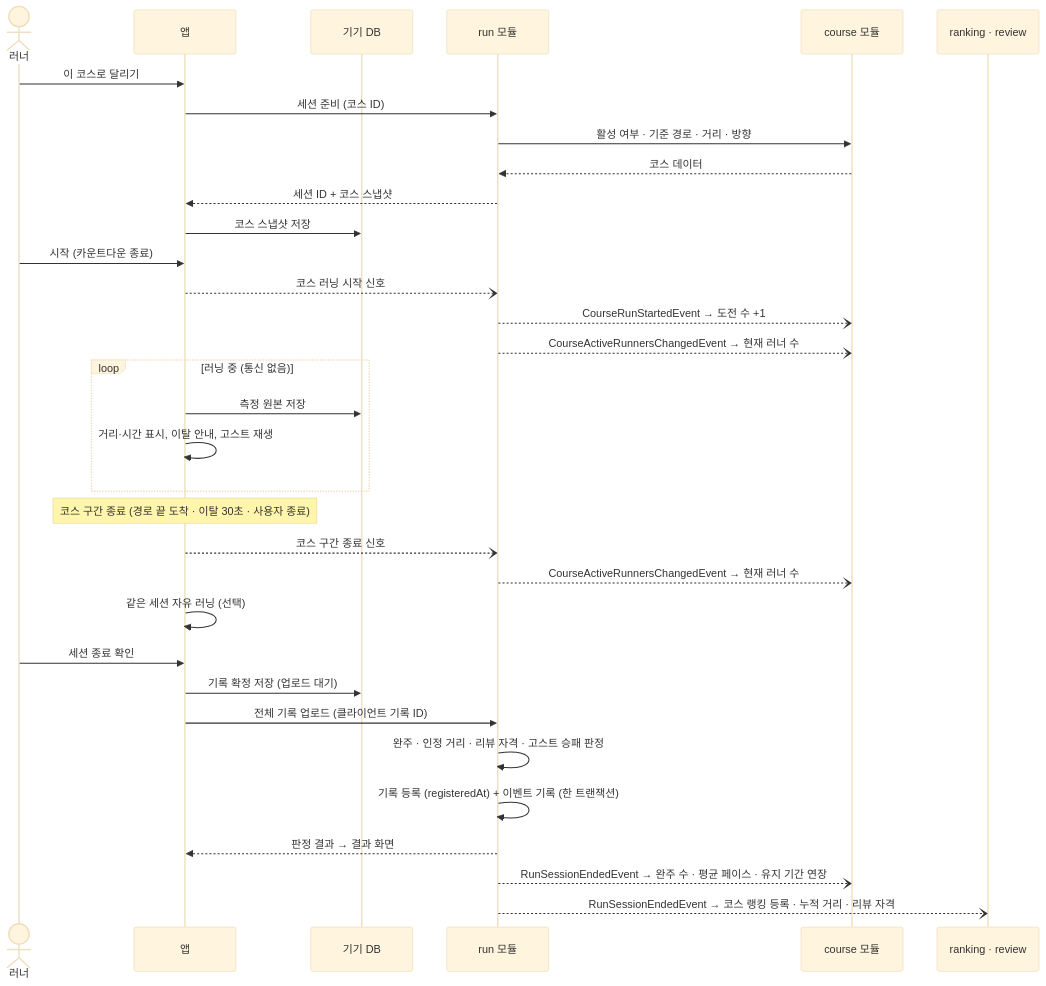
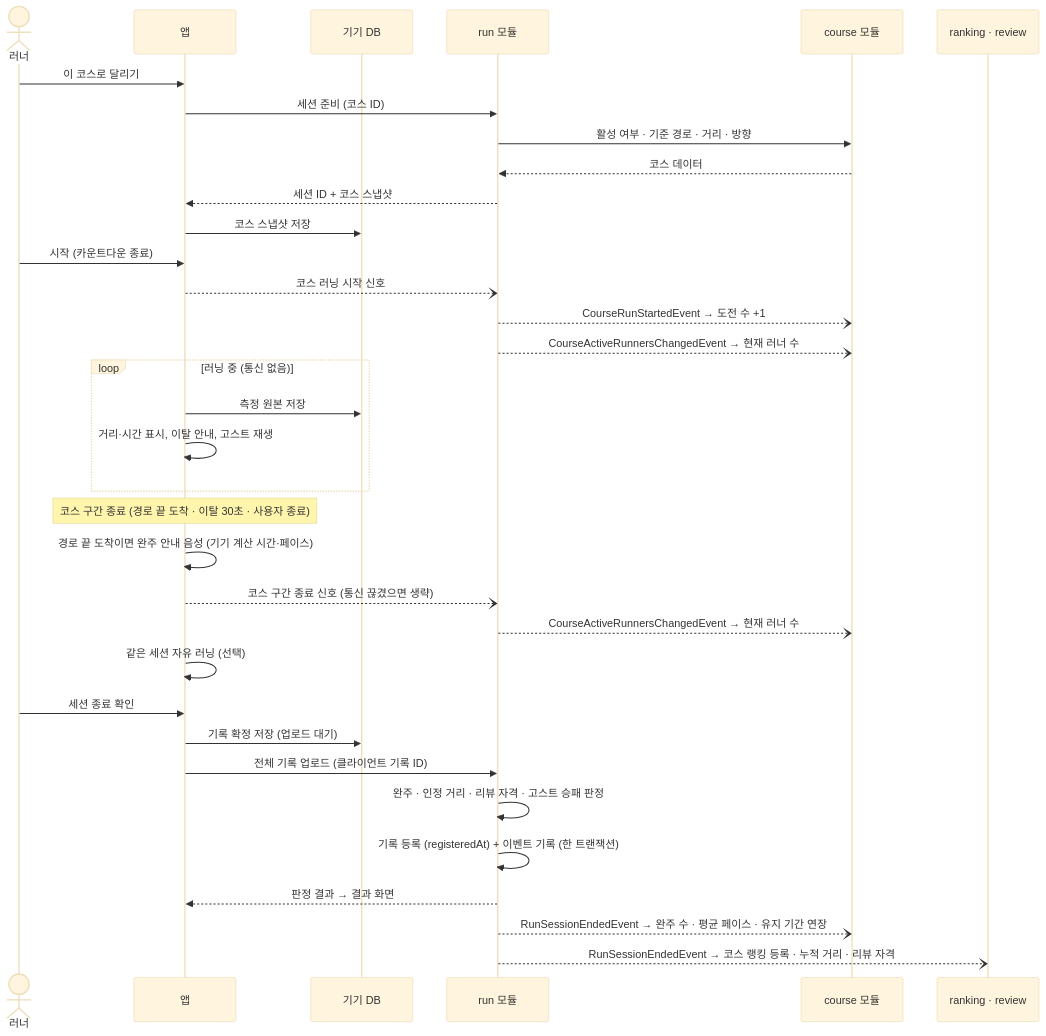
Before and after one commit to SunMoonUniv/WADADAK: the fourth of 6 diagrams in 아키텍처.md, drawn with Mermaid (base theme). The commit also changed other lines of this file and 3 other files, not shown here.

````diff
--- a/아키텍처.md
+++ b/아키텍처.md
@@ -141,40 +142,41 @@
 ```mermaid
 sequenceDiagram
     actor U as 러너
     participant A as 앱
     participant L as 기기 DB
     participant R as run 모듈
     participant C as course 모듈
     participant K as ranking · review
 
     U->>A: 이 코스로 달리기
     A->>R: 세션 준비 (코스 ID)
     R->>C: 활성 여부 · 기준 경로 · 거리 · 방향
     C-->>R: 코스 데이터
     R-->>A: 세션 ID + 코스 스냅샷
     A->>L: 코스 스냅샷 저장
 
     U->>A: 시작 (카운트다운 종료)
     A--)R: 코스 러닝 시작 신호
     R--)C: CourseRunStartedEvent → 도전 수 +1
     R--)C: CourseActiveRunnersChangedEvent → 현재 러너 수
 
     loop 러닝 중 (통신 없음)
         A->>L: 측정 원본 저장
         A->>A: 거리·시간 표시, 이탈 안내, 고스트 재생
     end
 
     Note over A: 코스 구간 종료 (경로 끝 도착 · 이탈 30초 · 사용자 종료)
-    A--)R: 코스 구간 종료 신호
+    A->>A: 경로 끝 도착이면 완주 안내 음성 (기기 계산 시간·페이스)
+    A--)R: 코스 구간 종료 신호 (통신 끊겼으면 생략)
     R--)C: CourseActiveRunnersChangedEvent → 현재 러너 수
     A->>A: 같은 세션 자유 러닝 (선택)
 
     U->>A: 세션 종료 확인
     A->>L: 기록 확정 저장 (업로드 대기)
     A->>R: 전체 기록 업로드 (클라이언트 기록 ID)
     R->>R: 완주 · 인정 거리 · 리뷰 자격 · 고스트 승패 판정
     R->>R: 기록 등록 (registeredAt) + 이벤트 기록 (한 트랜잭션)
     R-->>A: 판정 결과 → 결과 화면
     R--)C: RunSessionEndedEvent → 완주 수 · 평균 페이스 · 유지 기간 연장
     R--)K: RunSessionEndedEvent → 코스 랭킹 등록 · 누적 거리 · 리뷰 자격
 ```
````
